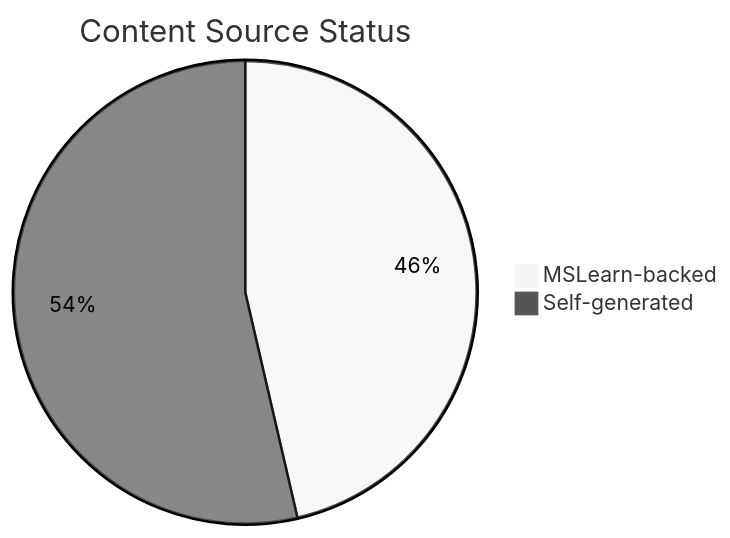
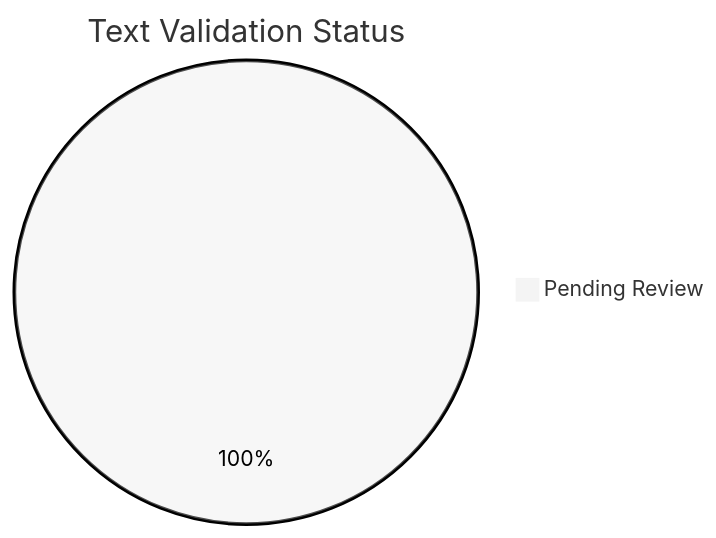
One commit to yeongseon/azure-kubernetes-service-practical-guide changed the diagram in docs/reference/content-validation-status.md. Above: the diagram before and after it, drawn with Mermaid (neutral theme). The commit also changed other lines of this file and 64 other files, not shown here.

Commit message:
docs: add AKS content validation metadata

````diff
--- a/docs/reference/content-validation-status.md
+++ b/docs/reference/content-validation-status.md
@@ -33,5 +46,4 @@
 ```mermaid
-pie title Content Source Status
-    "MSLearn-backed" : 32
-    "Self-generated" : 37
+pie title Text Validation Status
+    "Pending Review" : 63
 ```
````
